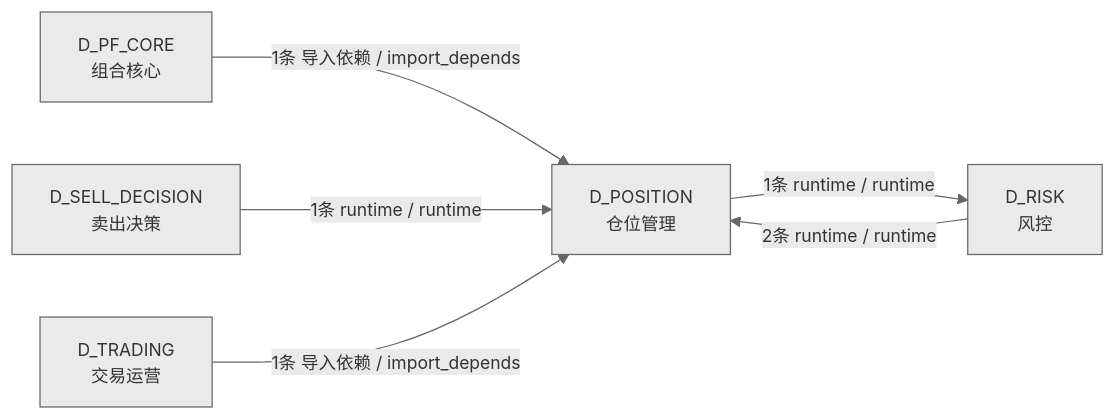
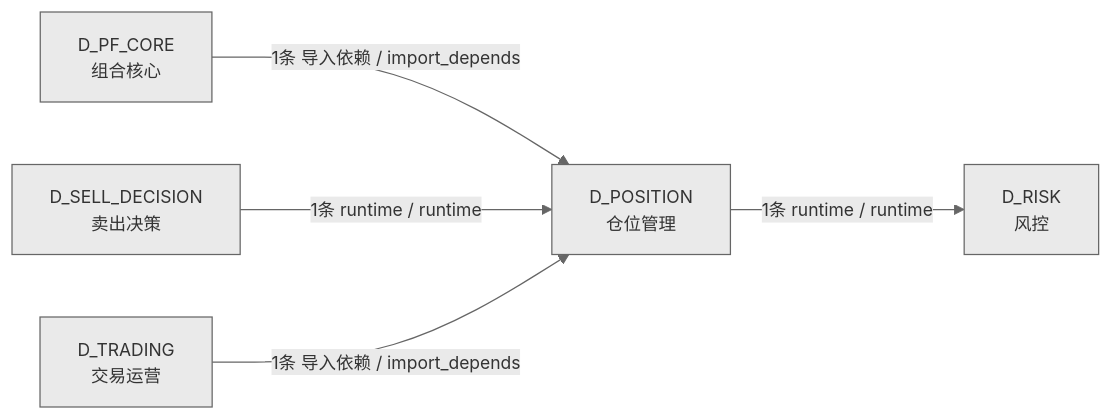
The third of 3 diagrams in docs/02_enterprise_architecture/02_domain_architecture_docs/64_d_position.md (xuanFelixVan/ZephyrAlpha), drawn with Mermaid before and after one commit. The commit also changed other lines of this file and 9 other files, not shown here.

````diff
--- a/docs/02_enterprise_architecture/02_domain_architecture_docs/64_d_position.md
+++ b/docs/02_enterprise_architecture/02_domain_architecture_docs/64_d_position.md
@@ -107,14 +107,13 @@
 ```mermaid
 %%{init: {'theme': 'base', 'themeVariables': {'primaryColor': '#eaeaea', 'primaryTextColor': '#333333', 'primaryBorderColor': '#666666', 'lineColor': '#666666', 'secondaryColor': '#eaeaea', 'tertiaryColor': '#eaeaea', 'fontSize': '14px'}}}%%
 graph LR
     D_POSITION["D_POSITION<br/>仓位管理"]
     D_RISK["D_RISK<br/>风控"]
     D_PF_CORE["D_PF_CORE<br/>组合核心"]
     D_SELL_DECISION["D_SELL_DECISION<br/>卖出决策"]
     D_TRADING["D_TRADING<br/>交易运营"]
     D_POSITION -->|1条 runtime / runtime| D_RISK
-    D_RISK -->|2条 runtime / runtime| D_POSITION
     D_PF_CORE -->|1条 导入依赖 / import_depends| D_POSITION
     D_SELL_DECISION -->|1条 runtime / runtime| D_POSITION
     D_TRADING -->|1条 导入依赖 / import_depends| D_POSITION
 ```
````
